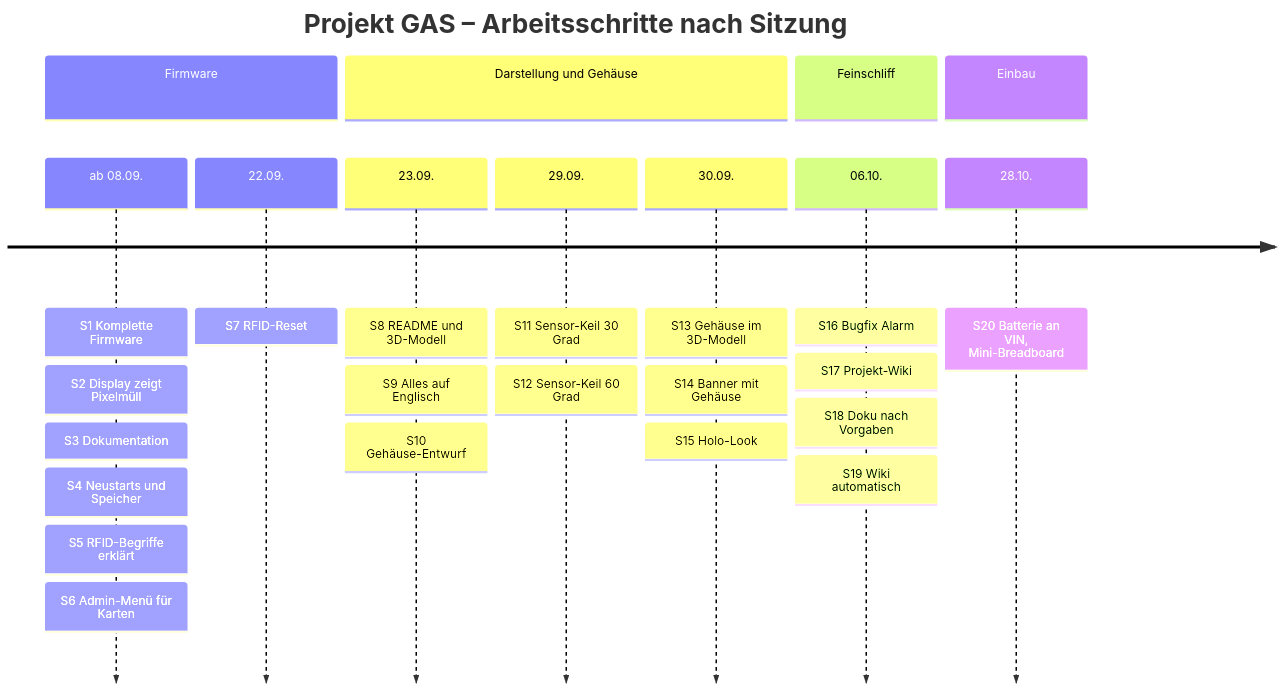
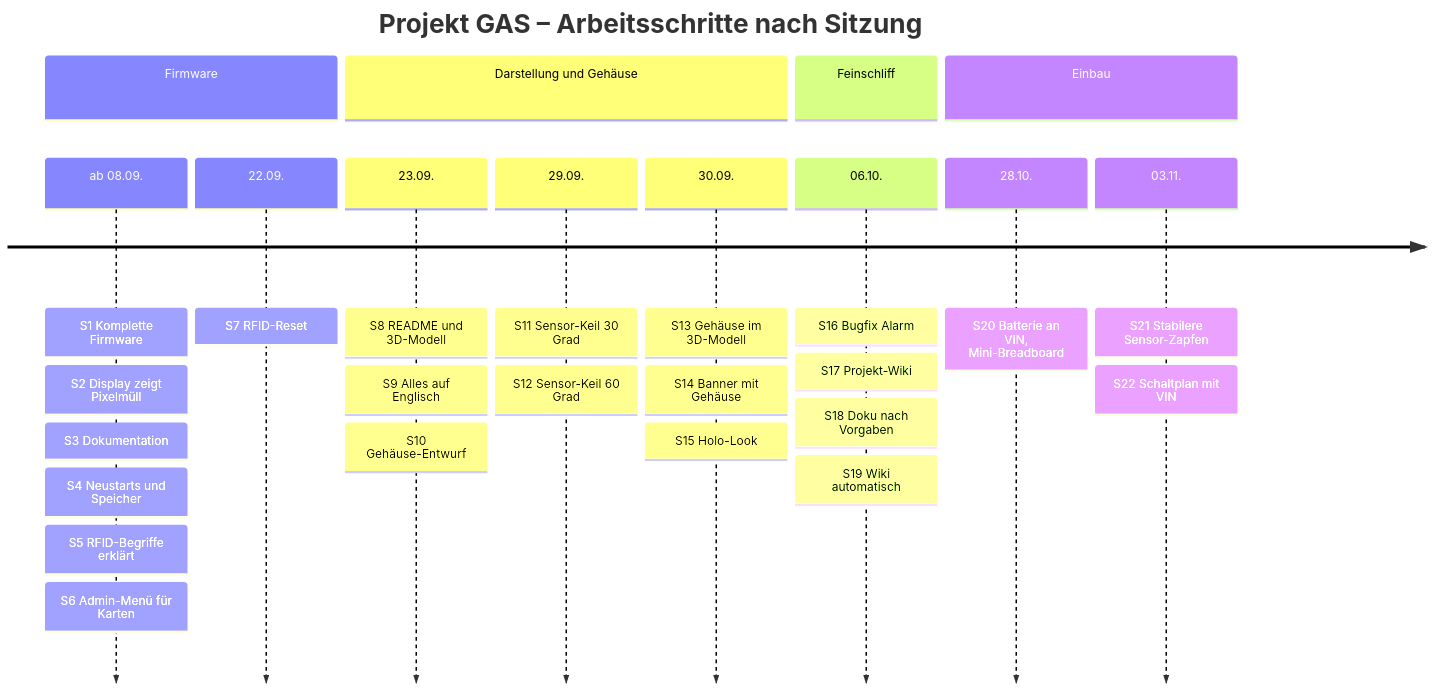
One commit to BBZ-AIFS51/LF7-Projekt_GAS changed the first of 3 diagrams in wiki/Entwicklungsverlauf.md. Above: the diagram before and after it, drawn with Mermaid. The commit also changed other lines of this file and 13 other files, not shown here.

First line of the commit message:
Stronger sensor screw posts, battery on VIN in the schematic

````diff
--- a/wiki/Entwicklungsverlauf.md
+++ b/wiki/Entwicklungsverlauf.md
@@ -25,28 +25,30 @@
 ```mermaid
 timeline
     title Projekt GAS – Arbeitsschritte nach Sitzung
     section Firmware
         ab 08.09. : S1 Komplette Firmware
                   : S2 Display zeigt Pixelmüll
                   : S3 Dokumentation
                   : S4 Neustarts und Speicher
                   : S5 RFID-Begriffe erklärt
                   : S6 Admin-Menü für Karten
         22.09. : S7 RFID-Reset
     section Darstellung und Gehäuse
         23.09. : S8 README und 3D-Modell
                : S9 Alles auf Englisch
                : S10 Gehäuse-Entwurf
         29.09. : S11 Sensor-Keil 30 Grad
                : S12 Sensor-Keil 60 Grad
         30.09. : S13 Gehäuse im 3D-Modell
                : S14 Banner mit Gehäuse
                : S15 Holo-Look
     section Feinschliff
         06.10. : S16 Bugfix Alarm
                : S17 Projekt-Wiki
                : S18 Doku nach Vorgaben
                : S19 Wiki automatisch
     section Einbau
         28.10. : S20 Batterie an VIN, Mini-Breadboard
+        03.11. : S21 Stabilere Sensor-Zapfen
+               : S22 Schaltplan mit VIN
 ```
````
